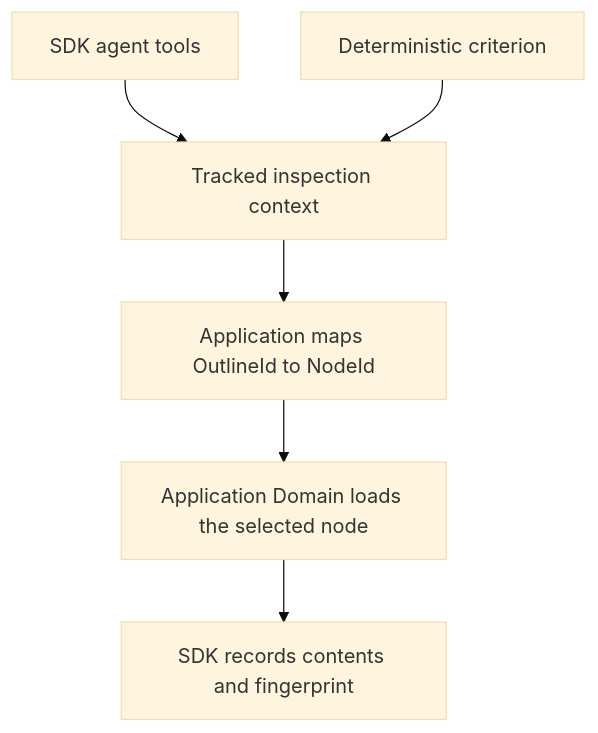
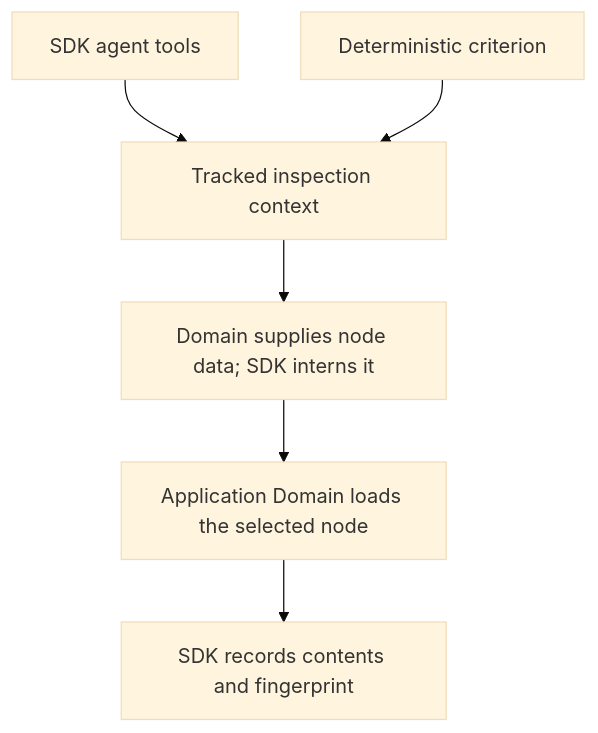
The diagram in md/requirements/sdk/sources.md (nikomatsakis/habeas-codicem), drawn with Mermaid (base theme) before and after one commit. The commit also changed other lines of this file and 16 other files, not shown here.

Commit message:
Specify cache-local node handles and durable domain identities

````diff
--- a/md/requirements/sdk/sources.md
+++ b/md/requirements/sdk/sources.md
@@ -297,8 +294,8 @@
 ```mermaid
 flowchart TD
     Agent["SDK agent tools"] --> Context["Tracked inspection context"]
     Code["Deterministic criterion"] --> Context
-    Context --> Mapping["Application maps OutlineId to NodeId"]
+    Context --> Mapping["Domain supplies node data; SDK interns it"]
     Mapping --> Domain["Application Domain loads the selected node"]
     Domain --> Trace["SDK records contents and fingerprint"]
 ```
````
